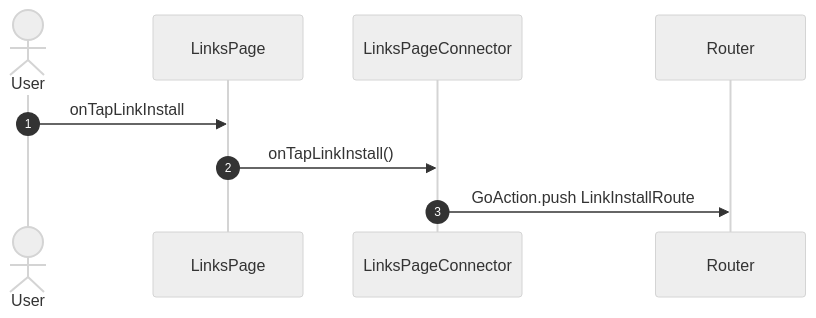
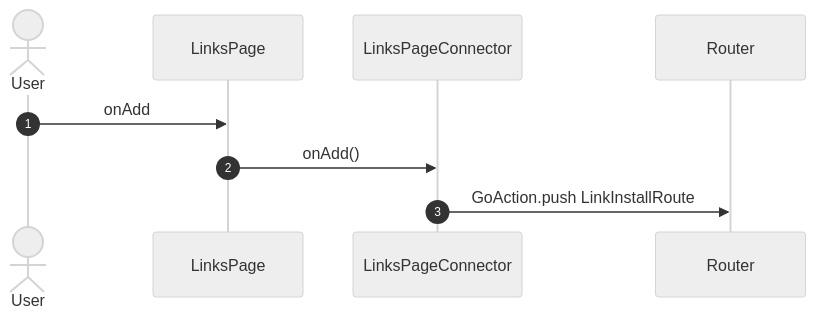
The fourth of 21 diagrams in studio/docs/flows/links.md (gencto/wyrm), drawn with Mermaid (neutral theme) before and after one commit. The commit also changed other lines of this file and 65 other files, not shown here.

````diff
--- a/studio/docs/flows/links.md
+++ b/studio/docs/flows/links.md
@@ -108,12 +63,12 @@
 ```mermaid
 sequenceDiagram
     autonumber
     actor User
     participant UI as LinksPage
     participant VM as LinksPageConnector
     participant NAV as Router
 
-    User->>UI: onTapLinkInstall
-    UI->>VM: onTapLinkInstall()
+    User->>UI: onAdd
+    UI->>VM: onAdd()
     VM->>NAV: GoAction.push LinkInstallRoute
 ```
````
